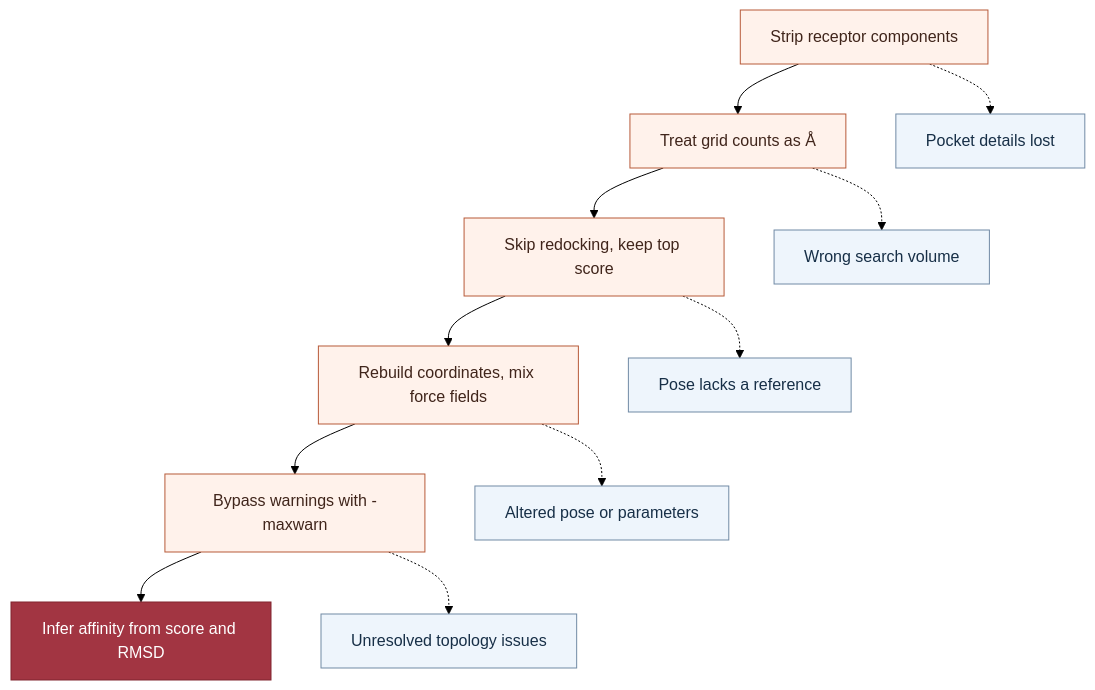
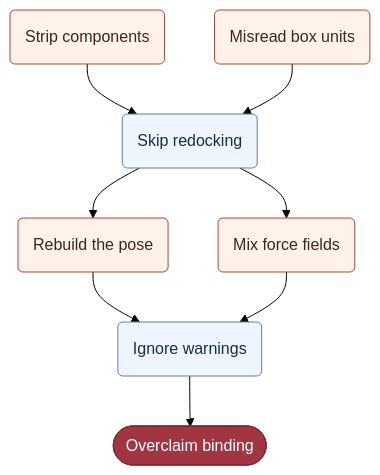
Before and after one commit to LuciferBioLab/docking-gromacs-tutorial: the third of 3 diagrams in README.md, drawn with Mermaid (forest theme). The commit also changed other lines of this file, not shown here.

Commit message:
Align the error flowchart and prevent awkward label wrapping

````diff
--- a/README.md
+++ b/README.md
@@ -105,21 +101,17 @@
 ```mermaid
 flowchart TD
-    Prep["Strip receptor components"]
-    Box["Treat grid counts as Å"]
-    Pose["Skip redocking, keep top score"]
-    Build["Rebuild coordinates, mix force fields"]
-    Run["Bypass warnings with -maxwarn"]
-    Claim["Infer affinity from score and RMSD"]
-    Prep --> Box --> Pose --> Build --> Run --> Claim
-    Prep -.-> Pocket["Pocket details lost"]
-    Box -.-> Volume["Wrong search volume"]
-    Pose -.-> Reference["Pose lacks a reference"]
-    Build -.-> Model["Altered pose or parameters"]
-    Run -.-> Check["Unresolved topology issues"]
-    classDef action fill:#fff2eb,stroke:#b75a39,color:#40251b
-    classDef impact fill:#eef5fc,stroke:#718aa5,color:#172f47
+    Receptor("Strip components") --> Dock("Skip redocking")
+    Box("Misread box units") --> Dock
+    Dock --> Pose("Rebuild the pose")
+    Dock --> Force("Mix force fields")
+    Pose --> Warn("Ignore warnings")
+    Force --> Warn
+    Warn --> Claim(["Overclaim binding"])
+
+    classDef input fill:#fff2eb,stroke:#a34d37,color:#40251b
+    classDef checkpoint fill:#eef5fc,stroke:#63809f,color:#152e48
     classDef outcome fill:#a23542,stroke:#80242e,color:#ffffff
-    class Prep,Box,Pose,Build,Run action
-    class Pocket,Volume,Reference,Model,Check impact
+    class Receptor,Box,Pose,Force input
+    class Dock,Warn checkpoint
     class Claim outcome
 ```
````
